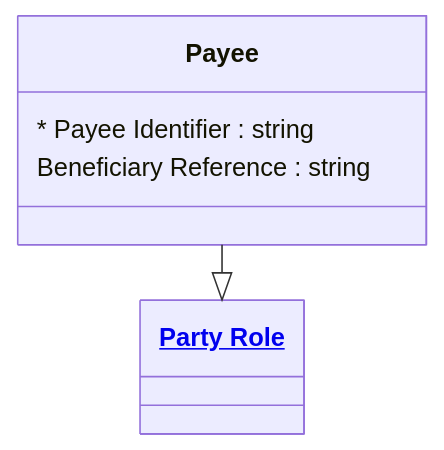
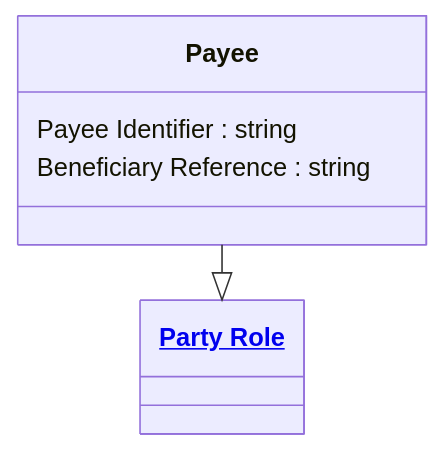
One commit to Semprini/md-ddl changed the diagram in examples/Financial Crime/entities/payee.md. Above: the diagram before and after it, drawn with Mermaid. The commit also changed other lines of this file and 40 other files, not shown here.

````diff
--- a/examples/Financial Crime/entities/payee.md
+++ b/examples/Financial Crime/entities/payee.md
@@ -9,15 +9,15 @@
 ```mermaid
 ---
 config:
   layout: elk
 ---
 classDiagram
   class Payee{
-    * Payee Identifier : string
+    Payee Identifier : string
     Beneficiary Reference : string
   }
 
   Payee --|> PartyRole
 
   class PartyRole["<a href='https://github.com/Semprini/md-ddl/blob/main/examples/Financial%20Crime/entities/party_role.md'>Party Role</a>"]
 ```
````
